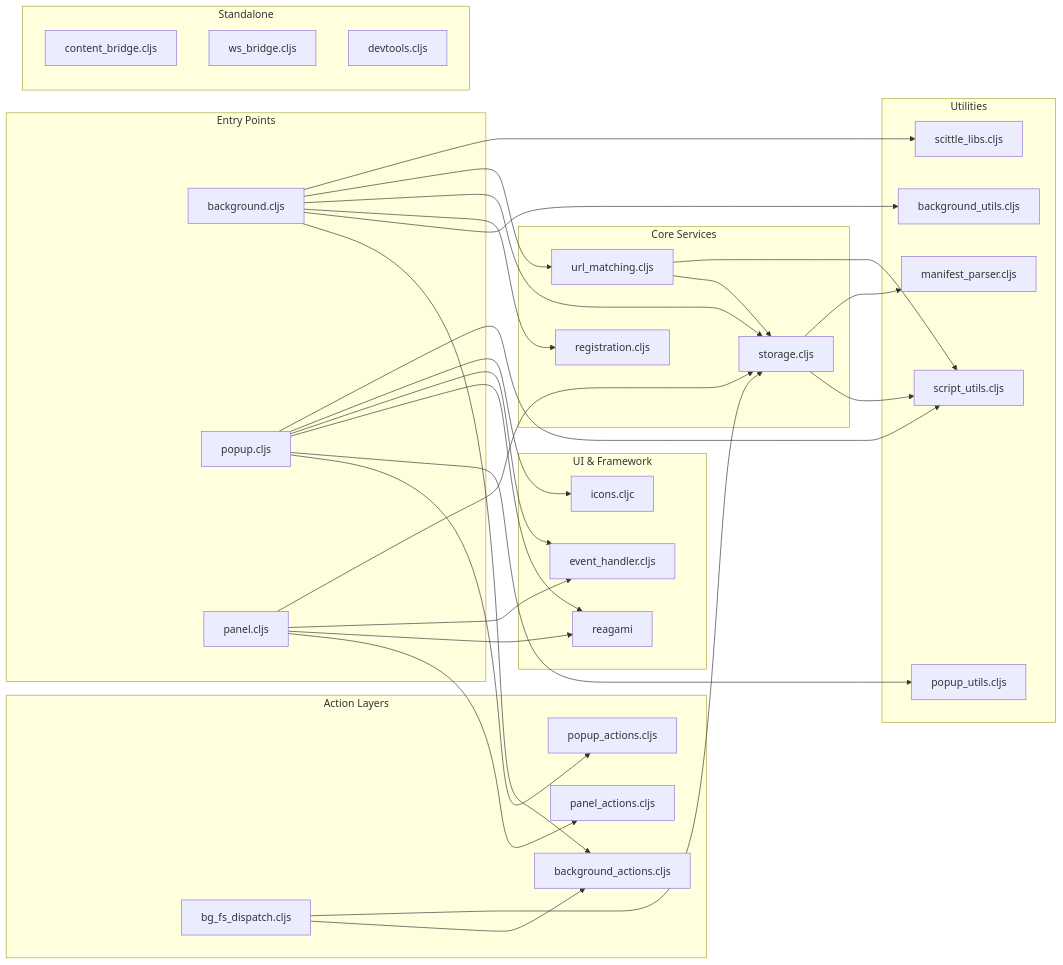
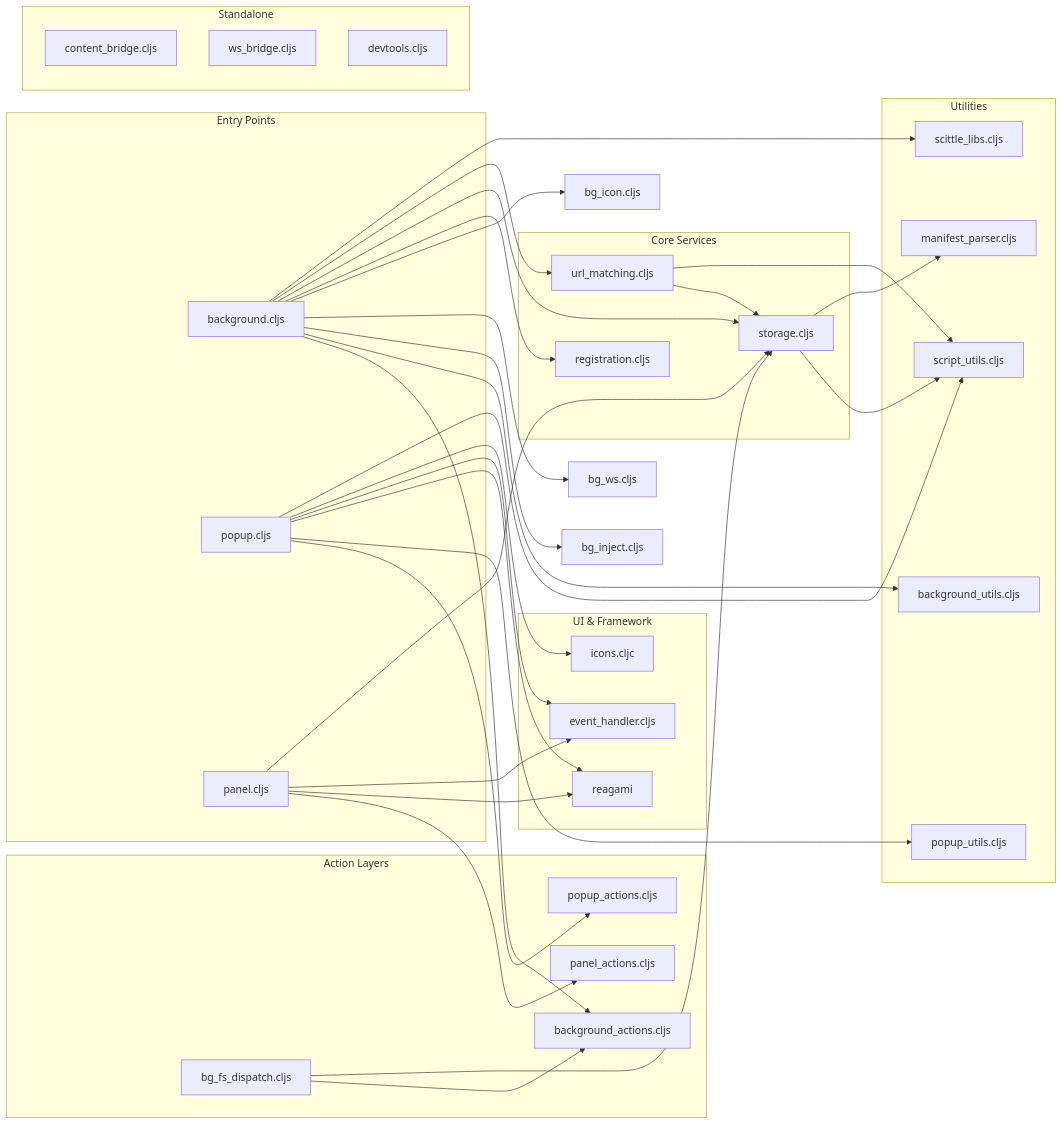
The diagram in dev/docs/architecture/components.md (PEZ/epupp), drawn with Mermaid before and after one commit. The commit also changed other lines of this file and 12 other files, not shown here.

````diff
--- a/dev/docs/architecture/components.md
+++ b/dev/docs/architecture/components.md
@@ -52,72 +55,75 @@
 ```mermaid
 graph LR
     subgraph "Entry Points"
         background.cljs
         popup.cljs
         panel.cljs
     end
 
     subgraph "Action Layers"
         background_actions.cljs
         popup_actions.cljs
         panel_actions.cljs
         bg_fs_dispatch.cljs
     end
 
     subgraph "Core Services"
         storage.cljs
         url_matching.cljs
         registration.cljs
     end
 
     subgraph "Utilities"
         background_utils.cljs
         popup_utils.cljs
         script_utils.cljs
         manifest_parser.cljs
         scittle_libs.cljs
     end
 
     subgraph "UI & Framework"
         reagami
         event_handler.cljs
         icons.cljc
     end
 
     subgraph "Standalone"
         content_bridge.cljs:::standalone
         ws_bridge.cljs:::standalone
         devtools.cljs:::standalone
     end
 
     %% Background dependencies
     background.cljs --> background_actions.cljs
     background.cljs --> background_utils.cljs
+    background.cljs --> bg_inject.cljs
+    background.cljs --> bg_ws.cljs
+    background.cljs --> bg_icon.cljs
     background.cljs --> registration.cljs
     background.cljs --> storage.cljs
     background.cljs --> url_matching.cljs
     background.cljs --> scittle_libs.cljs
 
     %% Popup dependencies
     popup.cljs --> popup_actions.cljs
     popup.cljs --> popup_utils.cljs
     popup.cljs --> reagami
     popup.cljs --> event_handler.cljs
     popup.cljs --> icons.cljc
     popup.cljs --> script_utils.cljs
 
     %% Panel dependencies
     panel.cljs --> panel_actions.cljs
     panel.cljs --> reagami
     panel.cljs --> event_handler.cljs
     panel.cljs --> storage.cljs
 
     %% Service dependencies
     storage.cljs --> script_utils.cljs
     storage.cljs --> manifest_parser.cljs
     url_matching.cljs --> storage.cljs
     url_matching.cljs --> script_utils.cljs
     bg_fs_dispatch.cljs --> background_actions.cljs
     bg_fs_dispatch.cljs --> storage.cljs
 
 ```
````
